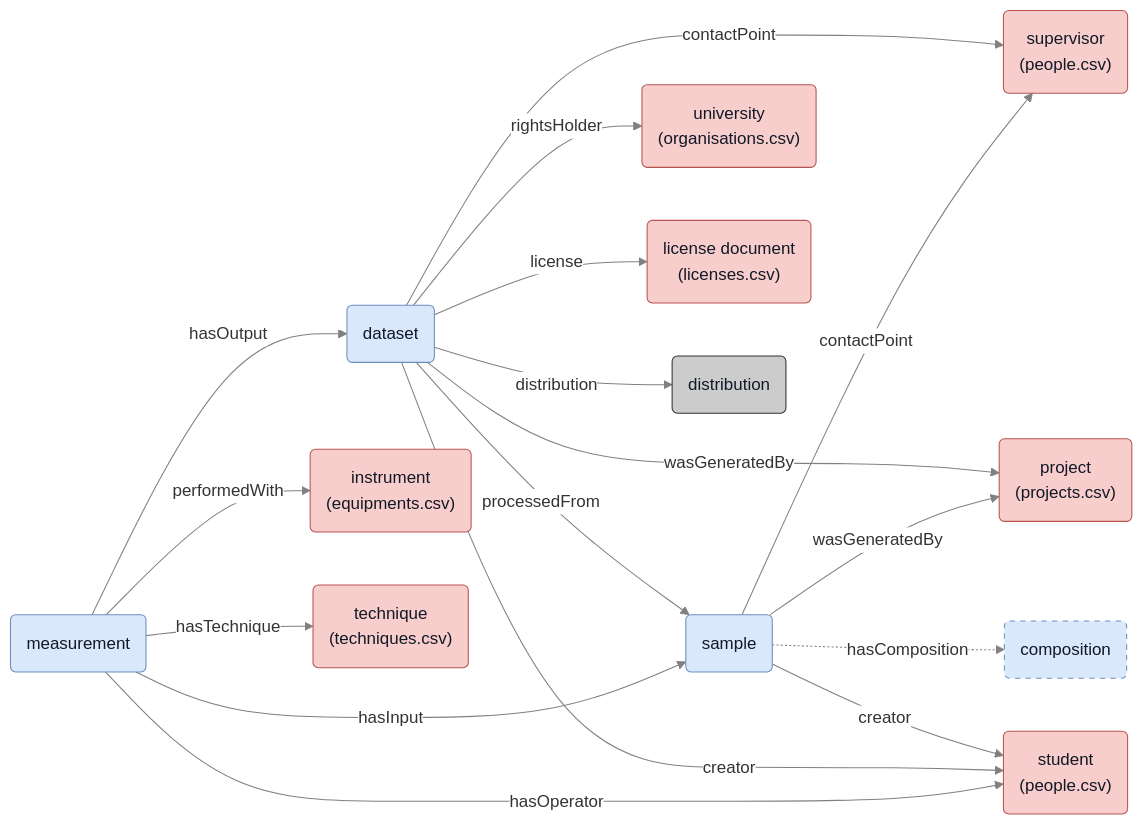
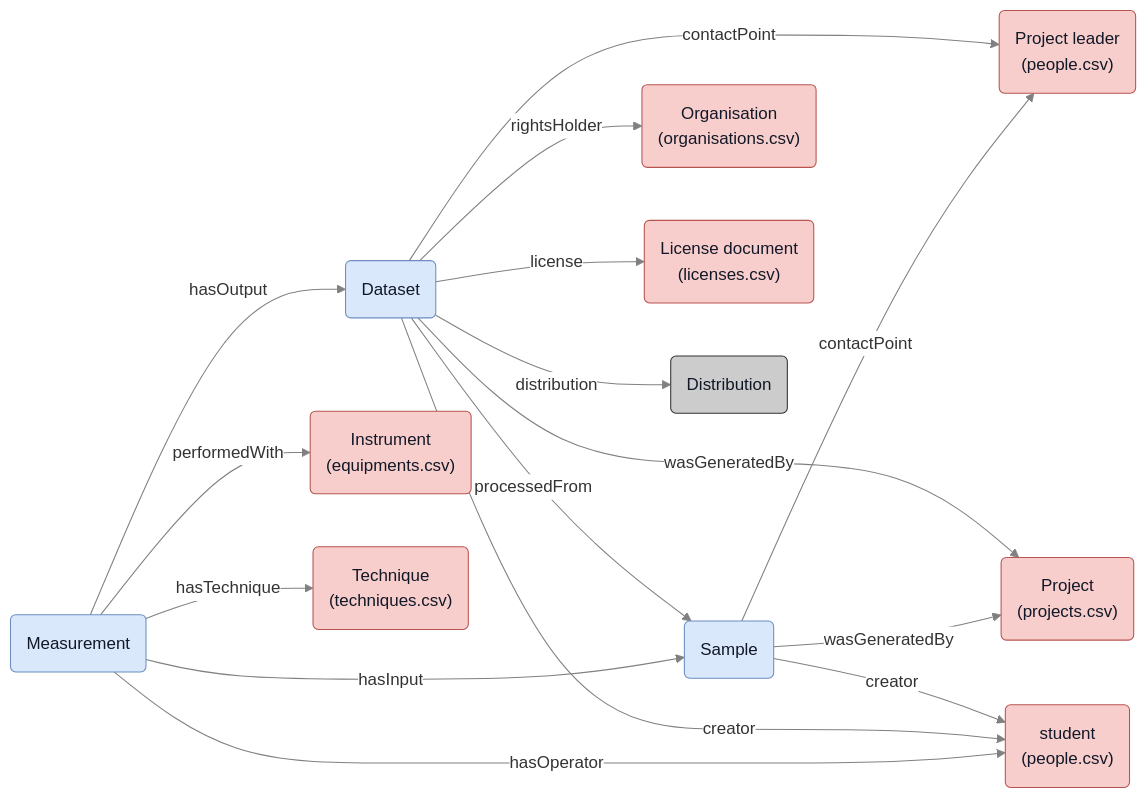
The diagram in docs/treeweaver2.md (SINTEF/PhysMetDoc), drawn with Mermaid before and after one commit.

Commit message:
Updated mermaid graph

````diff
--- a/docs/treeweaver2.md
+++ b/docs/treeweaver2.md
@@ -245,40 +245,40 @@
 ```mermaid
 ---
 config:
   theme: base
   themeVariables:
     background: '#ffffff'
     edgeLabelBackground: '#ffffff'
     lineColor: '#808080'
 ---
 flowchart LR
   classDef default fill:#f8cecc,stroke:#b85450,color:#111827;
   classDef blueBox fill:#dae8fc,stroke:#6c8ebf,color:#111827;
   classDef lightBlueBox fill:#dae8fc,stroke:#6c8ebf,color:#111827,stroke-dasharray: 5 5;
   classDef grayBox fill:#ccc,stroke:#333,color:#111827;
 
-  D(dataset):::blueBox -- contactPoint --> CP("supervisor<br>(people.csv)")
-  D -- wasGeneratedBy --> PR("project<br>(projects.csv)")
-  S(sample):::blueBox -- contactPoint --> CP
+  D(Dataset):::blueBox -- wasGeneratedBy --> PR("Project<br>(projects.csv)")
+  D -- contactPoint --> CP("Project leader<br>(people.csv)")
+  S(Sample):::blueBox -- contactPoint --> CP
   S -- wasGeneratedBy --> PR
-  S -. hasComposition .-> C("composition"):::lightBlueBox
+  %%S -. hasComposition .-> C("Composition"):::lightBlueBox
   S -- creator --> ST("student<br>(people.csv)")
-  D -- rightsHolder --> RH("university<br>(organisations.csv)")
-  D -- license --> LD("license document<br>(licenses.csv)")
+  D -- rightsHolder --> RH("Organisation<br>(organisations.csv)")
+  D -- license --> LD("License document<br>(licenses.csv)")
   D -- creator --> ST
   D -- processedFrom --> S
-  D -- distribution --> DI(distribution):::grayBox
-  M(measurement):::blueBox -- hasInput --> S
+  D -- distribution --> DI(Distribution):::grayBox
+  M(Measurement):::blueBox -- hasInput --> S
   M -- hasOutput --> D
-  M -- performedWith --> EQ("instrument<br>(equipments.csv)")
+  M -- performedWith --> EQ("Instrument<br>(equipments.csv)")
   M -- hasOperator --> ST
-  M -- hasTechnique --> TC("technique<br>(techniques.csv)")
+  M -- hasTechnique --> TC("Technique<br>(techniques.csv)")
 
   click CP "https://github.com/SINTEF/physmet-data-documentation-templates/blob/main/shared/people.csv" "template"
   click ST "https://github.com/SINTEF/physmet-data-documentation-templates/blob/main/shared/people.csv" "template"
   click PR "https://github.com/SINTEF/physmet-data-documentation-templates/blob/main/shared/projects.csv" "template"
   click RH "https://github.com/SINTEF/physmet-data-documentation-templates/blob/main/shared/organisations.csv" "template"
   click LD "https://github.com/SINTEF/physmet-data-documentation-templates/blob/main/shared/licenses.csv" "template"
   click EQ "https://github.com/SINTEF/physmet-data-documentation-templates/blob/main/shared/equipments.csv" "template"
   click TC "https://github.com/SINTEF/physmet-data-documentation-templates/blob/main/shared/techniques.csv" "template"
 ```
````
